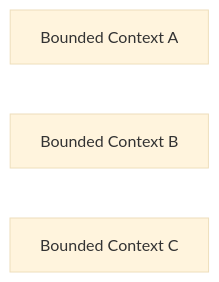
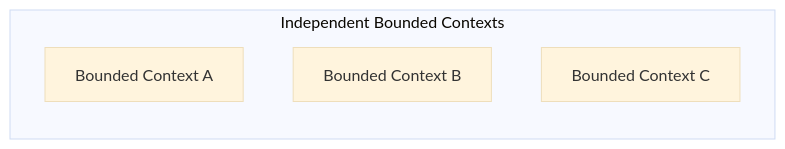
One commit to ardalis/DevIQ-gatsby changed the third of 3 diagrams in src/docs/domain-driven-design/context-mapping.md. Above: the diagram before and after it, drawn with Mermaid (base theme). The commit also changed other lines of this file and 1 other file, not shown here.

````diff
--- a/src/docs/domain-driven-design/context-mapping.md
+++ b/src/docs/domain-driven-design/context-mapping.md
@@ -46,6 +46,8 @@
 ```mermaid
 graph LR
+subgraph Independent Bounded Contexts
 A[Bounded Context A]
 B[Bounded Context B]
 C[Bounded Context C]
+end
 ```
````
